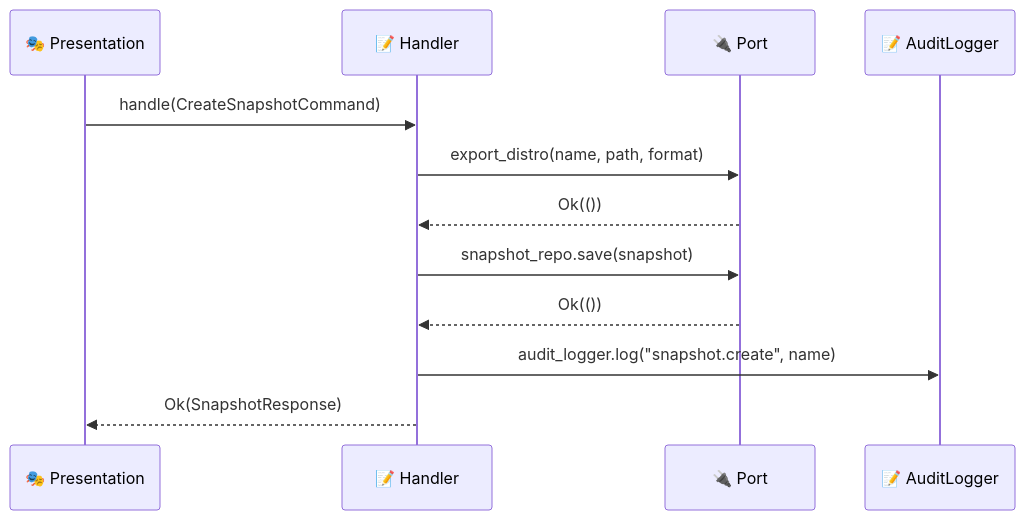
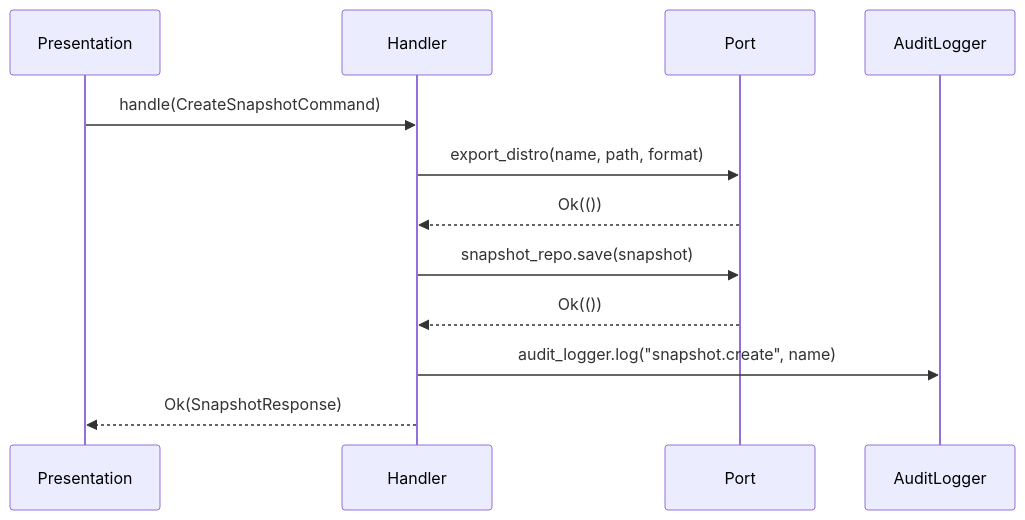
One commit to muchiny/wsl-dashboard changed the second of 3 diagrams in src-tauri/src/application/README.md. Above: the diagram before and after it, drawn with Mermaid. The commit also changed other lines of this file and 10 other files, not shown here.

````diff
--- a/src-tauri/src/application/README.md
+++ b/src-tauri/src/application/README.md
@@ -69,15 +69,15 @@
 ```mermaid
 sequenceDiagram
-    participant P as 🎭 Presentation
-    participant H as 📝 Handler
-    participant Port as 🔌 Port
-    participant A as 📝 AuditLogger
+    participant P as Presentation
+    participant H as Handler
+    participant Port as Port
+    participant A as AuditLogger
 
     P->>H: handle(CreateSnapshotCommand)
     H->>Port: export_distro(name, path, format)
     Port-->>H: Ok(())
     H->>Port: snapshot_repo.save(snapshot)
     Port-->>H: Ok(())
     H->>A: audit_logger.log("snapshot.create", name)
     H-->>P: Ok(SnapshotResponse)
 ```
````
